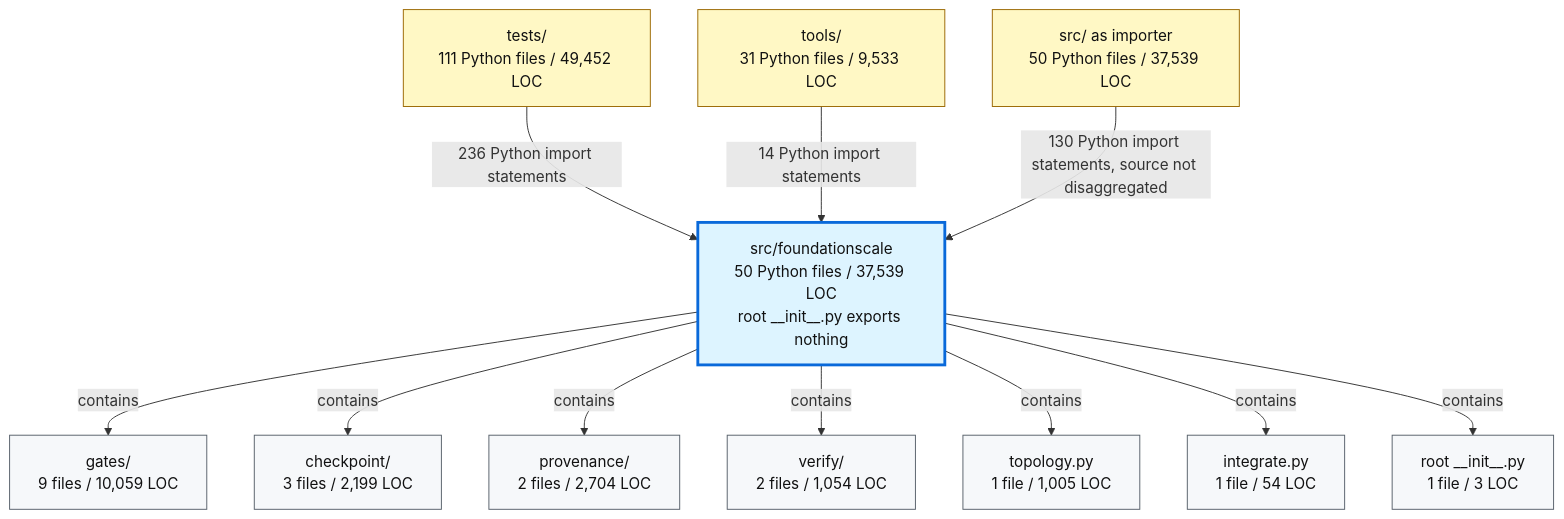
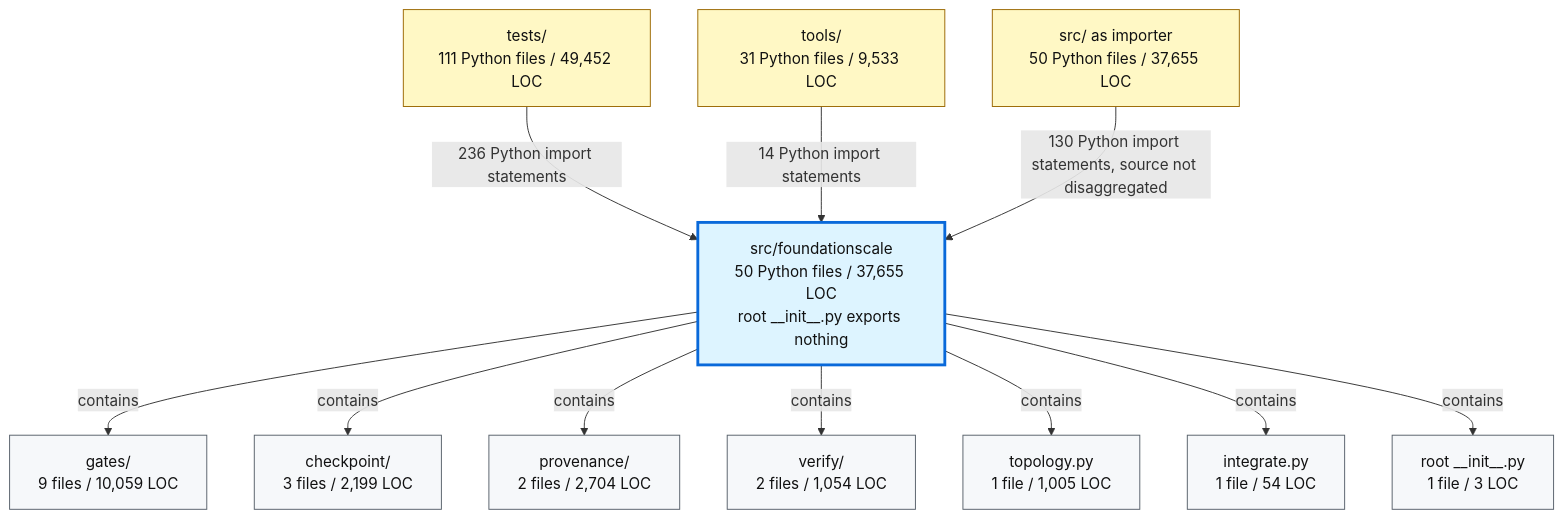
One commit to TranNhiem/FoundationScale changed the second of 2 diagrams in docs/review/D2_current_architecture.md. Above: the diagram before and after it, drawn with Mermaid. The commit also changed other lines of this file and 15 other files, not shown here.

````diff
--- a/docs/review/D2_current_architecture.md
+++ b/docs/review/D2_current_architecture.md
@@ -97,36 +97,36 @@
 ```mermaid
 flowchart TB
   TESTS["tests/<br/>111 Python files / 49,452 LOC"]
   TOOLS["tools/<br/>31 Python files / 9,533 LOC"]
-  SRC["src/ as importer<br/>50 Python files / 37,539 LOC"]
+  SRC["src/ as importer<br/>50 Python files / 37,655 LOC"]
 
-  FS["src/foundationscale<br/>50 Python files / 37,539 LOC<br/>root __init__.py exports nothing"]
+  FS["src/foundationscale<br/>50 Python files / 37,655 LOC<br/>root __init__.py exports nothing"]
 
   GATES["gates/<br/>9 files / 10,059 LOC"]
   CKPT["checkpoint/<br/>3 files / 2,199 LOC"]
   PROV["provenance/<br/>2 files / 2,704 LOC"]
   VERIFY["verify/<br/>2 files / 1,054 LOC"]
   TOPO["topology.py<br/>1 file / 1,005 LOC"]
   INTEG["integrate.py<br/>1 file / 54 LOC"]
   ROOT["root __init__.py<br/>1 file / 3 LOC"]
 
   TESTS -->|"236 Python import statements"| FS
   TOOLS -->|"14 Python import statements"| FS
   SRC -->|"130 Python import statements, source not disaggregated"| FS
 
   FS -->|"contains"| GATES
   FS -->|"contains"| CKPT
   FS -->|"contains"| PROV
   FS -->|"contains"| VERIFY
   FS -->|"contains"| TOPO
   FS -->|"contains"| INTEG
   FS -->|"contains"| ROOT
 
   classDef consumer fill:#fff8c5,stroke:#9a6700,color:#111;
   classDef package fill:#ddf4ff,stroke:#0969da,stroke-width:3px,color:#111;
   classDef module fill:#f6f8fa,stroke:#57606a,color:#111;
 
   class TESTS,TOOLS,SRC consumer;
   class FS package;
   class GATES,CKPT,PROV,VERIFY,TOPO,INTEG,ROOT module;
 ```
````
